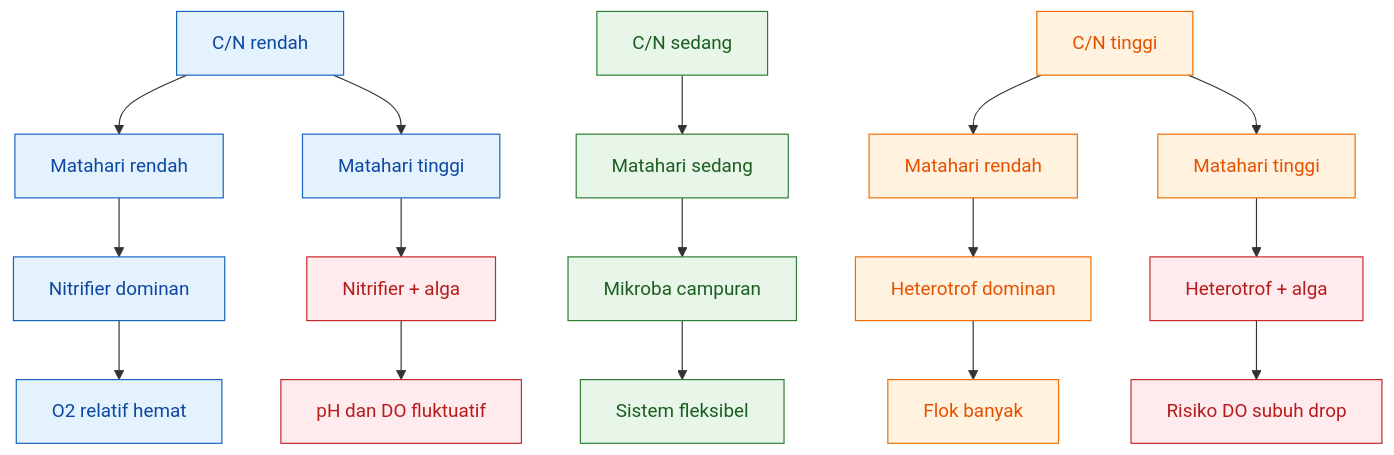
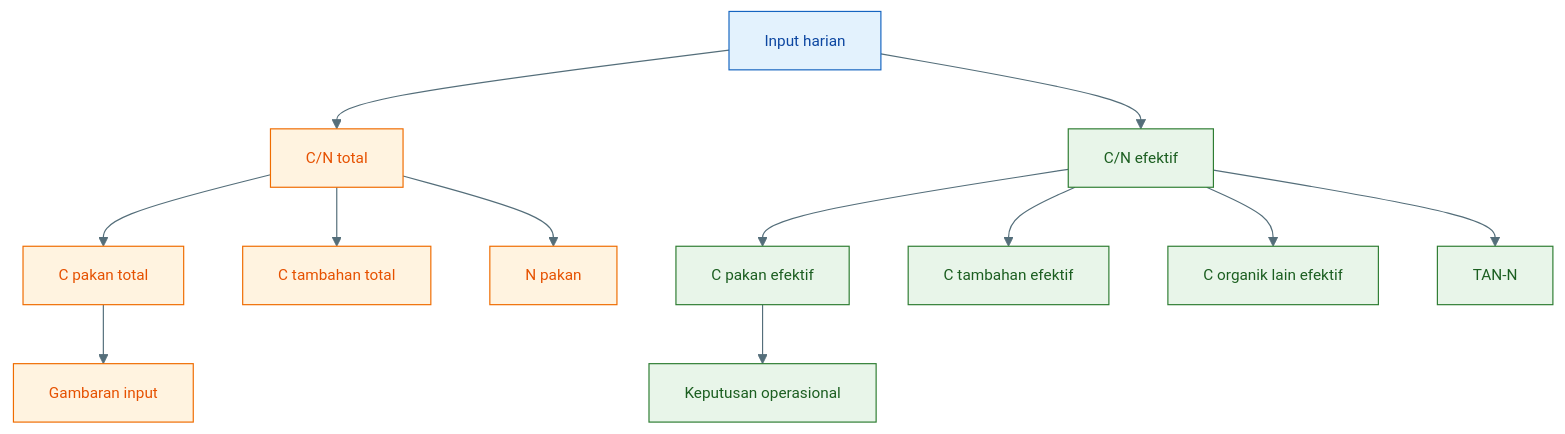
Before and after one commit to slametsampon/kawruhnology: the fourth of 32 diagrams in content/blog/agri/perikanan/ratio-cn-rendah-biflok.mdx, drawn with Mermaid. The commit also changed other lines of this file, not shown here.

Commit message:
upadte rasio c/n rendah

````diff
--- a/content/blog/agri/perikanan/ratio-cn-rendah-biflok.mdx
+++ b/content/blog/agri/perikanan/ratio-cn-rendah-biflok.mdx
@@ -652,33 +819,38 @@
-```mermaid
+```mermaid id="cn-total-vs-cn-efektif"
+%%{init: {'theme':'base','themeVariables':{
+'primaryColor':'#E3F2FD',
+'primaryTextColor':'#0D47A1',
+'primaryBorderColor':'#1565C0',
+'secondaryColor':'#E8F5E9',
+'secondaryTextColor':'#1B5E20',
+'secondaryBorderColor':'#2E7D32',
+'tertiaryColor':'#FFF3E0',
+'tertiaryTextColor':'#E65100',
+'tertiaryBorderColor':'#EF6C00',
+'lineColor':'#546E7A',
+'fontSize':'13px'
+}}}%%
 flowchart TD
-    A["C/N rendah"] --> B["Matahari rendah"]
-    A --> C["Matahari tinggi"]
+    A["Input harian"] --> B["C/N total"]
+    A --> C["C/N efektif"]
 
-    D["C/N sedang"] --> E["Matahari sedang"]
+    B --> D["C pakan total"]
+    B --> E["C tambahan total"]
+    B --> F["N pakan"]
 
-    F["C/N tinggi"] --> G["Matahari rendah"]
-    F --> H["Matahari tinggi"]
+    C --> G["C pakan efektif"]
+    C --> H["C tambahan efektif"]
+    C --> I["C organik lain efektif"]
+    C --> J["TAN-N"]
 
-    B --> I["Nitrifier dominan"]
-    C --> J["Nitrifier + alga"]
-    E --> K["Mikroba campuran"]
-    G --> L["Heterotrof dominan"]
-    H --> M["Heterotrof + alga"]
+    D --> K["Gambaran input"]
+    G --> L["Keputusan operasional"]
 
-    I --> N["O2 relatif hemat"]
-    J --> O["pH dan DO fluktuatif"]
-    K --> P["Sistem fleksibel"]
-    L --> Q["Flok banyak"]
-    M --> R["Risiko DO subuh drop"]
+    classDef root fill:#E3F2FD,stroke:#1565C0,color:#0D47A1;
+    classDef total fill:#FFF3E0,stroke:#EF6C00,color:#E65100;
+    classDef efektif fill:#E8F5E9,stroke:#2E7D32,color:#1B5E20;
 
-    classDef low fill:#e3f2fd,stroke:#1565c0,color:#0d47a1;
-    classDef mid fill:#e8f5e9,stroke:#2e7d32,color:#1b5e20;
-    classDef high fill:#fff3e0,stroke:#ef6c00,color:#e65100;
-    classDef risk fill:#ffebee,stroke:#c62828,color:#b71c1c;
-    classDef good fill:#e0f2f1,stroke:#00695c,color:#004d40;
-
-    class A,B,C,I,N low;
-    class D,E,K,P mid;
-    class F,G,H,L,Q high;
-    class J,O,M,R risk;
+    class A root;
+    class B,D,E,F,K total;
+    class C,G,H,I,J,L efektif;
 ```
````
